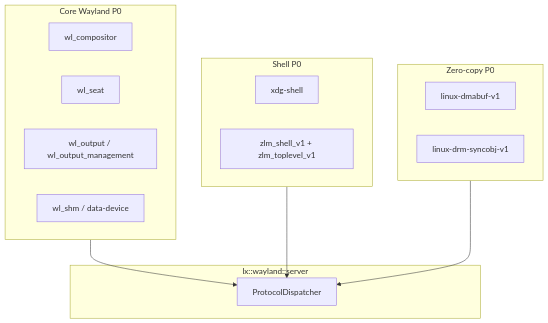
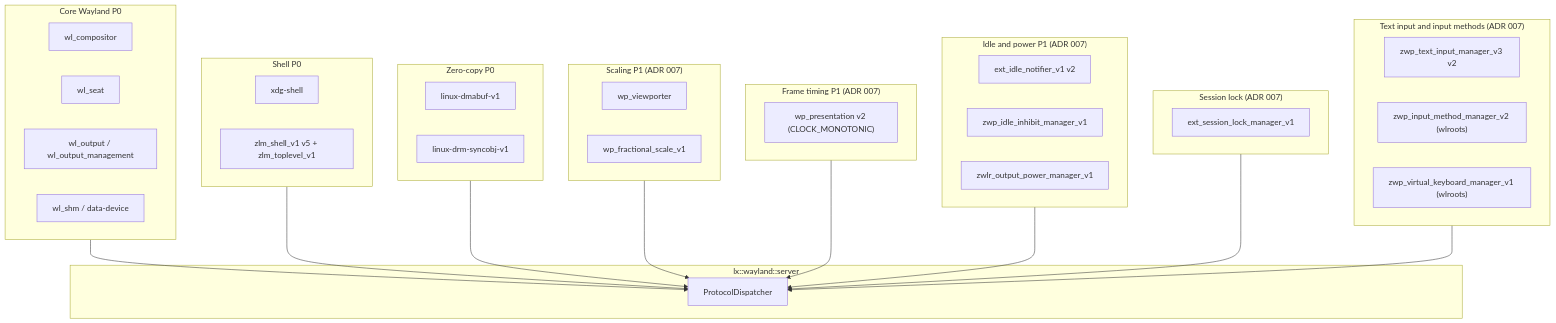
One commit to dimmus/lumen changed the diagram in docs/uml/09-wayland-protocols.mmd. Above: the diagram before and after it, drawn with Mermaid. The commit also changed 121 other files, not shown here.

```diff
--- a/docs/uml/09-wayland-protocols.mmd
+++ b/docs/uml/09-wayland-protocols.mmd
@@ -1,25 +1,55 @@
 flowchart TB
     subgraph Core["Core Wayland P0"]
         WL_COMP["wl_compositor"]
         WL_SEAT["wl_seat"]
         WL_OUT["wl_output / wl_output_management"]
         WL_SHM["wl_shm / data-device"]
     end
 
     subgraph ShellProto["Shell P0"]
         XDG["xdg-shell"]
-        LUMEN["zlm_shell_v1 + zlm_toplevel_v1"]
+        LUMEN["zlm_shell_v1 v5 + zlm_toplevel_v1"]
     end
 
     subgraph BufferProto["Zero-copy P0"]
         DMabuf["linux-dmabuf-v1"]
         SyncObj["linux-drm-syncobj-v1"]
+    end
+
+    subgraph ScaleProto["Scaling P1 (ADR 007)"]
+        Viewporter["wp_viewporter"]
+        Fractional["wp_fractional_scale_v1"]
+    end
+
+    subgraph TimingProto["Frame timing P1 (ADR 007)"]
+        Presentation["wp_presentation v2 (CLOCK_MONOTONIC)"]
+    end
+
+    subgraph IdleProto["Idle and power P1 (ADR 007)"]
+        IdleNotify["ext_idle_notifier_v1 v2"]
+        IdleInhibit["zwp_idle_inhibit_manager_v1"]
+        OutputPower["zwlr_output_power_manager_v1"]
+    end
+
+    subgraph LockProto["Session lock (ADR 007)"]
+        SessionLock["ext_session_lock_manager_v1"]
+    end
+
+    subgraph ImeProto["Text input and input methods (ADR 007)"]
+        TextInput["zwp_text_input_manager_v3 v2"]
+        InputMethod["zwp_input_method_manager_v2 (wlroots)"]
+        VirtualKeyboard["zwp_virtual_keyboard_manager_v1 (wlroots)"]
     end
 
     subgraph Server["lx::wayland::server"]
         DISPATCH["ProtocolDispatcher"]
     end
 
     Core --> DISPATCH
     ShellProto --> DISPATCH
     BufferProto --> DISPATCH
+    ScaleProto --> DISPATCH
+    TimingProto --> DISPATCH
+    IdleProto --> DISPATCH
+    LockProto --> DISPATCH
+    ImeProto --> DISPATCH
```
